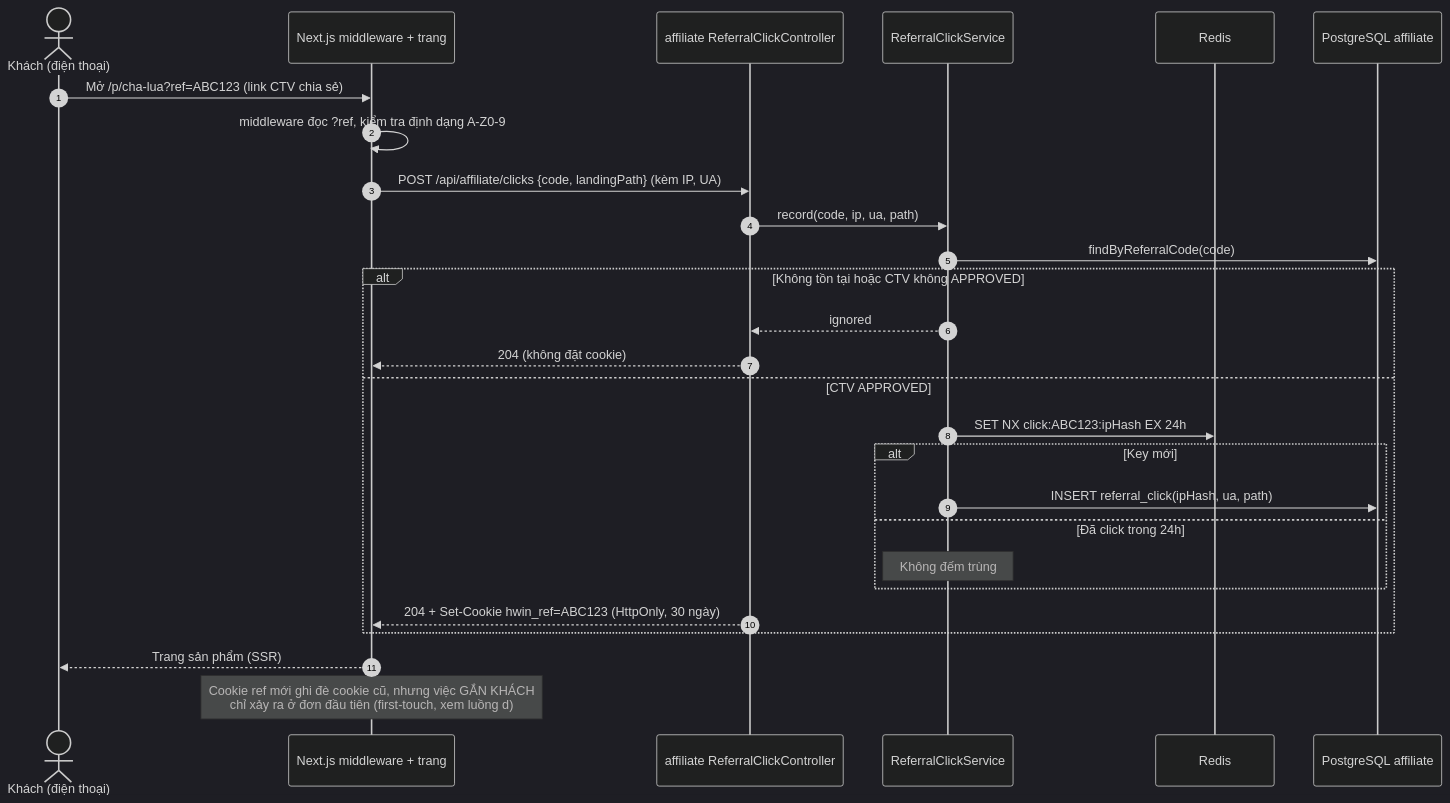
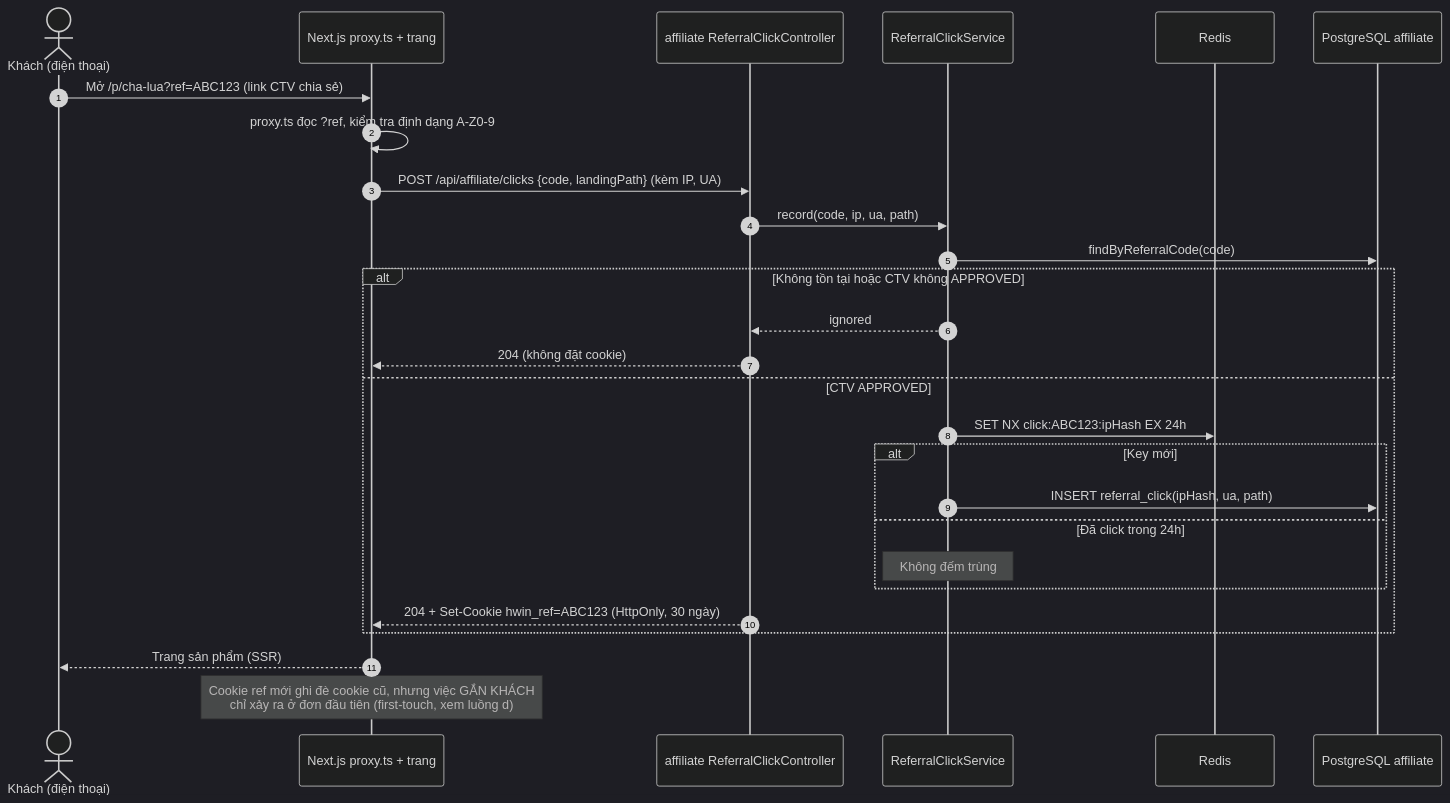
One commit to Vietnguyen203/Hwingroupweb changed the second of 8 diagrams in docs/03-sequence-diagrams.md. Above: the diagram before and after it, drawn with Mermaid (dark theme). The commit also changed 170 other files, not shown here.

````diff
--- a/docs/03-sequence-diagrams.md
+++ b/docs/03-sequence-diagrams.md
@@ -99,30 +99,30 @@
 ```mermaid
 sequenceDiagram
     autonumber
     actor K as Khách (điện thoại)
-    participant FE as Next.js middleware + trang
+    participant FE as Next.js proxy.ts + trang
     participant RC as affiliate ReferralClickController
     participant RS as ReferralClickService
     participant R as Redis
     participant DB as PostgreSQL affiliate
 
     K->>FE: Mở /p/cha-lua?ref=ABC123 (link CTV chia sẻ)
-    FE->>FE: middleware đọc ?ref, kiểm tra định dạng A-Z0-9
+    FE->>FE: proxy.ts đọc ?ref, kiểm tra định dạng A-Z0-9
     FE->>RC: POST /api/affiliate/clicks {code, landingPath} (kèm IP, UA)
     RC->>RS: record(code, ip, ua, path)
     RS->>DB: findByReferralCode(code)
     alt Không tồn tại hoặc CTV không APPROVED
         RS-->>RC: ignored
         RC-->>FE: 204 (không đặt cookie)
     else CTV APPROVED
         RS->>R: SET NX click:ABC123:ipHash EX 24h
         alt Key mới
             RS->>DB: INSERT referral_click(ipHash, ua, path)
         else Đã click trong 24h
             Note over RS: Không đếm trùng
         end
         RC-->>FE: 204 + Set-Cookie hwin_ref=ABC123 (HttpOnly, 30 ngày)
     end
     FE-->>K: Trang sản phẩm (SSR)
     Note over FE: Cookie ref mới ghi đè cookie cũ, nhưng việc GẮN KHÁCH<br/>chỉ xảy ra ở đơn đầu tiên (first-touch, xem luồng d)
 ```
````
